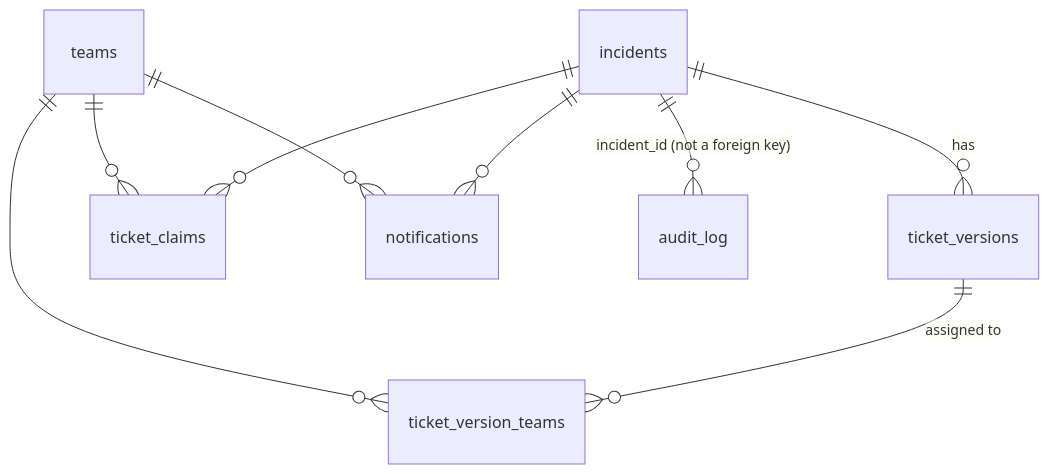
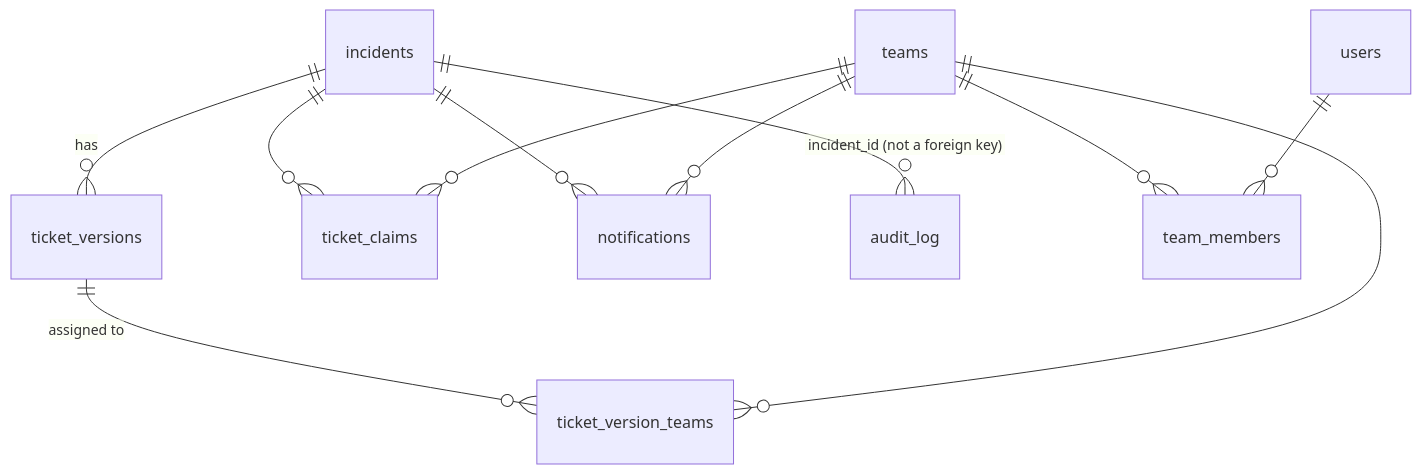
The diagram in docs/pages/data-model.md (AndrewDile/SEC-Check), drawn with Mermaid before and after one commit. The commit also changed other lines of this file and 4 other files, not shown here.

````diff
--- a/docs/pages/data-model.md
+++ b/docs/pages/data-model.md
@@ -50,11 +65,13 @@
 ```mermaid
 erDiagram
     incidents ||--o{ ticket_versions : has
     ticket_versions ||--o{ ticket_version_teams : "assigned to"
     teams ||--o{ ticket_version_teams : ""
     incidents ||--o{ ticket_claims : ""
     teams ||--o{ ticket_claims : ""
     incidents ||--o{ notifications : ""
     teams ||--o{ notifications : ""
     incidents ||--o{ audit_log : "incident_id (not a foreign key)"
+    teams ||--o{ team_members : ""
+    users ||--o{ team_members : ""
 ```
````
